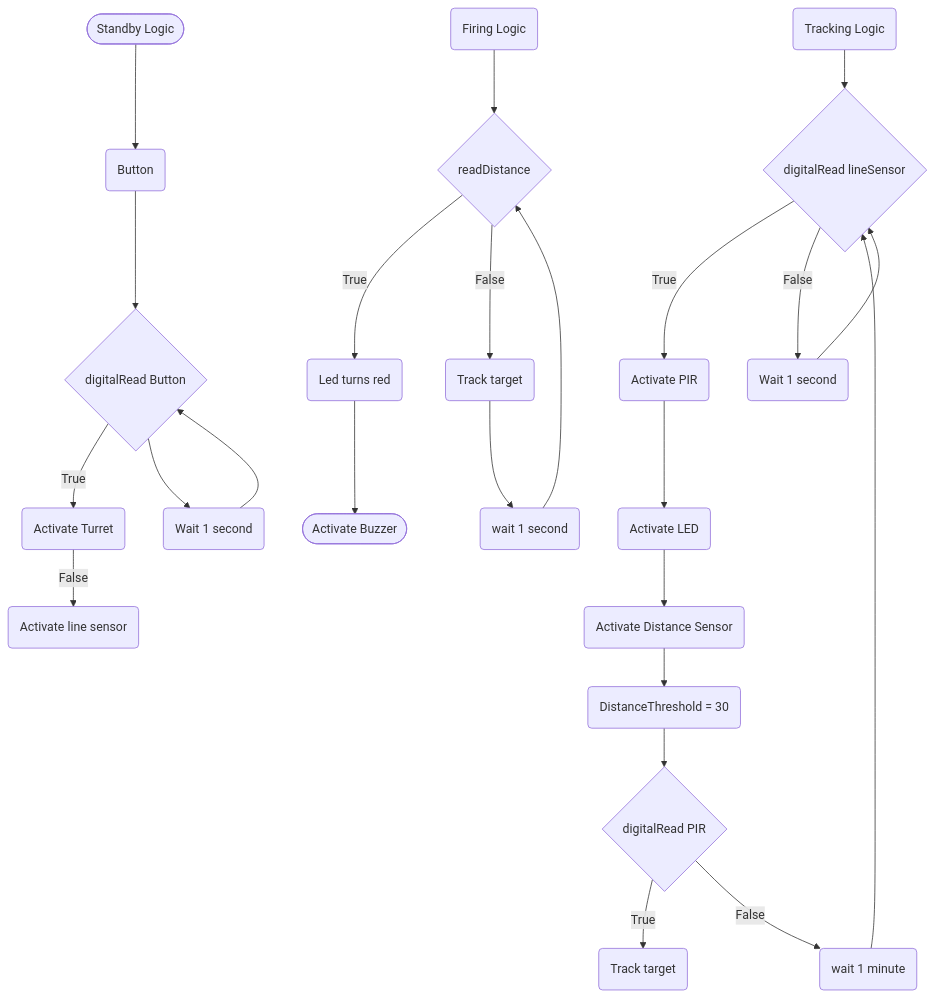
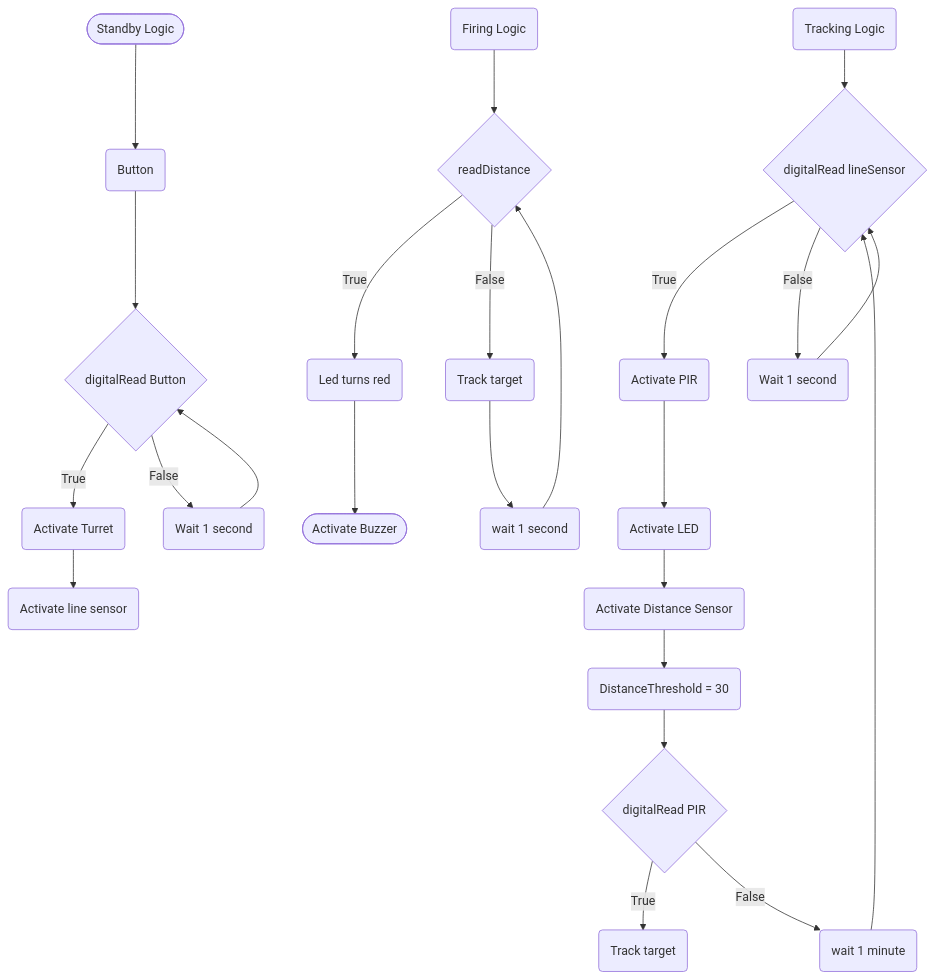
Before and after one commit to Zac2259/Smart-Turret: the diagram in logic.md, drawn with Mermaid.

````diff
--- a/logic.md
+++ b/logic.md
@@ -1,52 +1,52 @@
  ```mermaid
  flowchart TD
  %%standby logic
 terminalStart([Standby Logic])
  terminalEnd([Activate Buzzer])
  Button(Button)
 Buttontrigger{digitalRead Button}
 activateturret(Activate Turret)
 activatesensor(Activate line sensor)
 loop(Wait 1 second)
 %%Tracking logic
 Tracking(Tracking Logic)
 Readline{digitalRead lineSensor}
 activatepir(Activate PIR)
 activatedistance(Activate Distance Sensor)
 activateLED(Activate LED)
 loop2(Wait 1 second)
 distance(DistanceThreshold = 30)
 ReadPIR{digitalRead PIR}
 track(Track target)
 loop3(wait 1 minute)
 %%Firing
 firelogic(Firing Logic)
 readdistance{readDistance}
 fire(Led turns red)
 Keeptrack(Track target)
 loop4(wait 1 second)
 terminalStart --> Button
 Button --> Buttontrigger
 Buttontrigger --> |True| activateturret
-activateturret --> |False| activatesensor
-Buttontrigger --> loop
+activateturret --> activatesensor
+Buttontrigger --> |False| loop
 loop -->Buttontrigger
 Tracking --> Readline
 Readline --> |True| activatepir
 activatepir --> activateLED
 Readline --> |False| loop2
 loop2 --> Readline
 activateLED --> activatedistance
 activatedistance --> distance
 distance --> ReadPIR
 ReadPIR --> |True| track
 ReadPIR --> |False| loop3
 loop3 --> Readline
 firelogic --> readdistance
 readdistance --> |True| fire
 fire --> terminalEnd
 readdistance --> |False| Keeptrack
 Keeptrack --> loop4 
 loop4 --> readdistance
 
  ```
````
